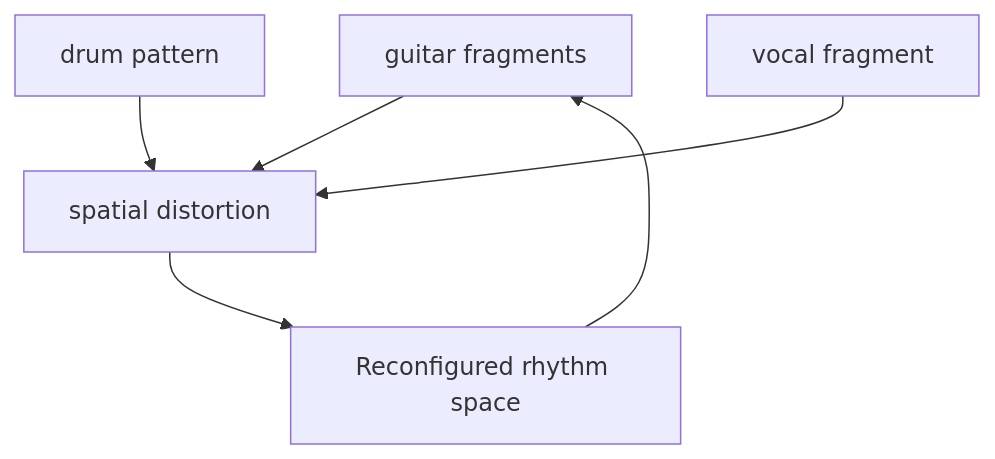
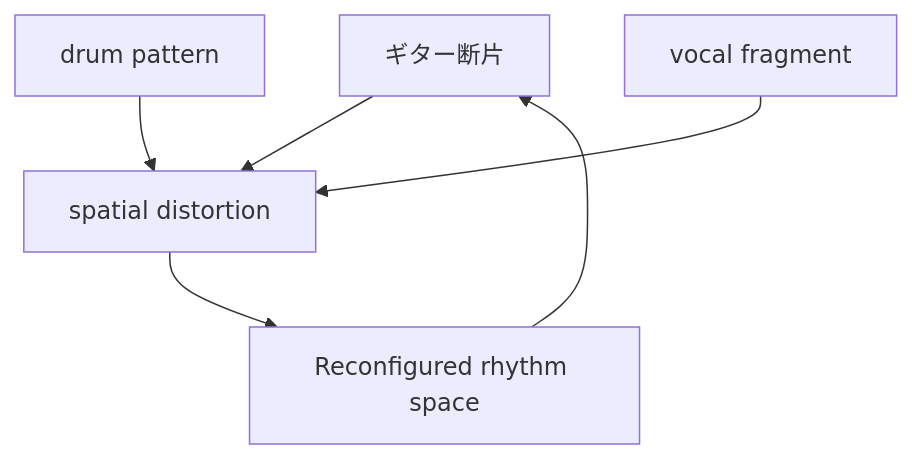
Before and after one commit to monumental-movement/monumental-movement.github.io: the second of 4 diagrams in en/_posts/2026-06-13-column-yhwh-nailgun.md, drawn with Mermaid. The commit also changed other lines of this file and 1012 other files, not shown here.

```diff
--- a/en/_posts/2026-06-13-column-yhwh-nailgun.md
+++ b/en/_posts/2026-06-13-column-yhwh-nailgun.md
@@ -85,8 +85,8 @@
 <div class="mermaid">
 flowchart TD
-G[guitar fragments] --> S[spatial distortion]
+G[ギター断片] --> S[spatial distortion]
 D[drum pattern] --> S
 V[vocal fragment] --> S
 S --> R[Reconfigured rhythm space]
 R --> G
 </div>
```
